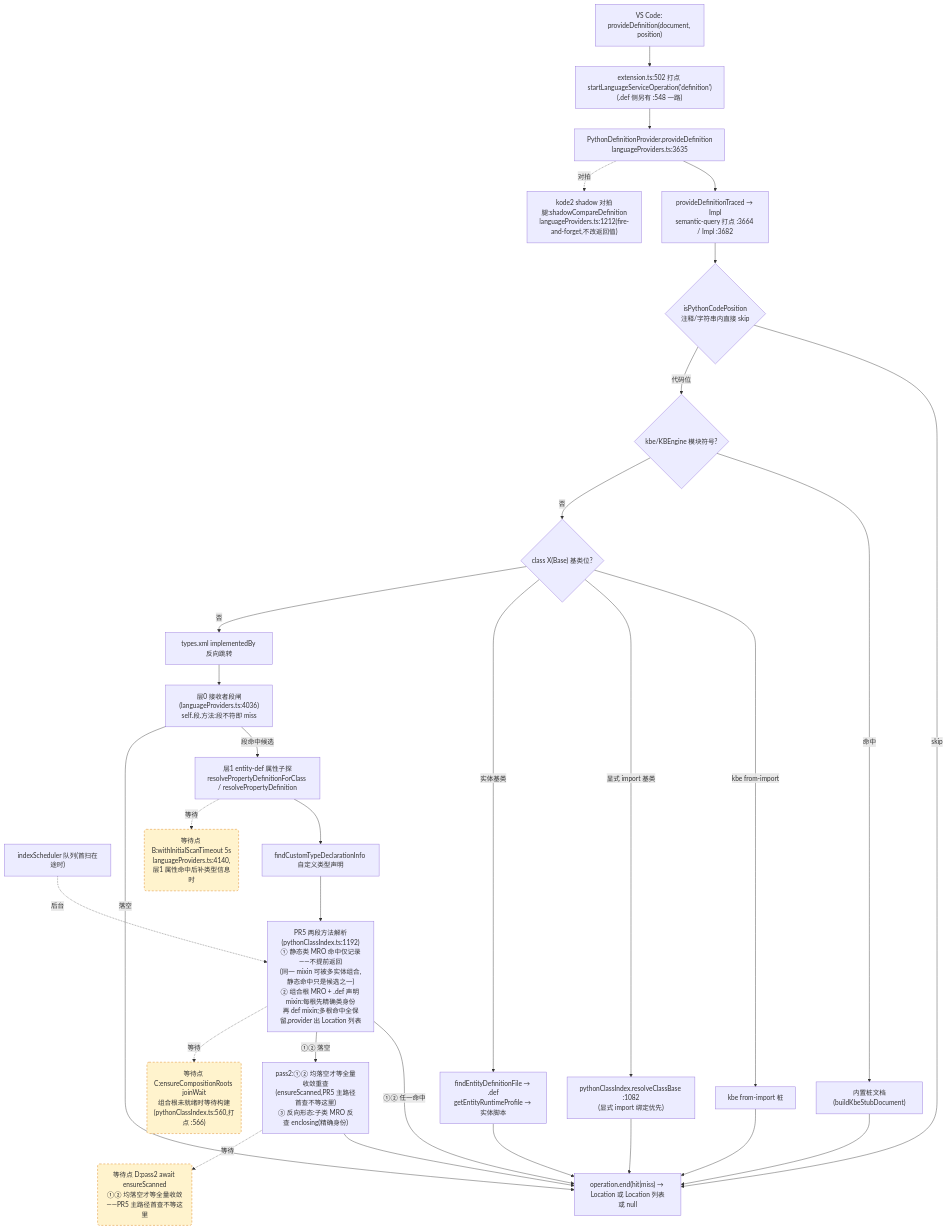
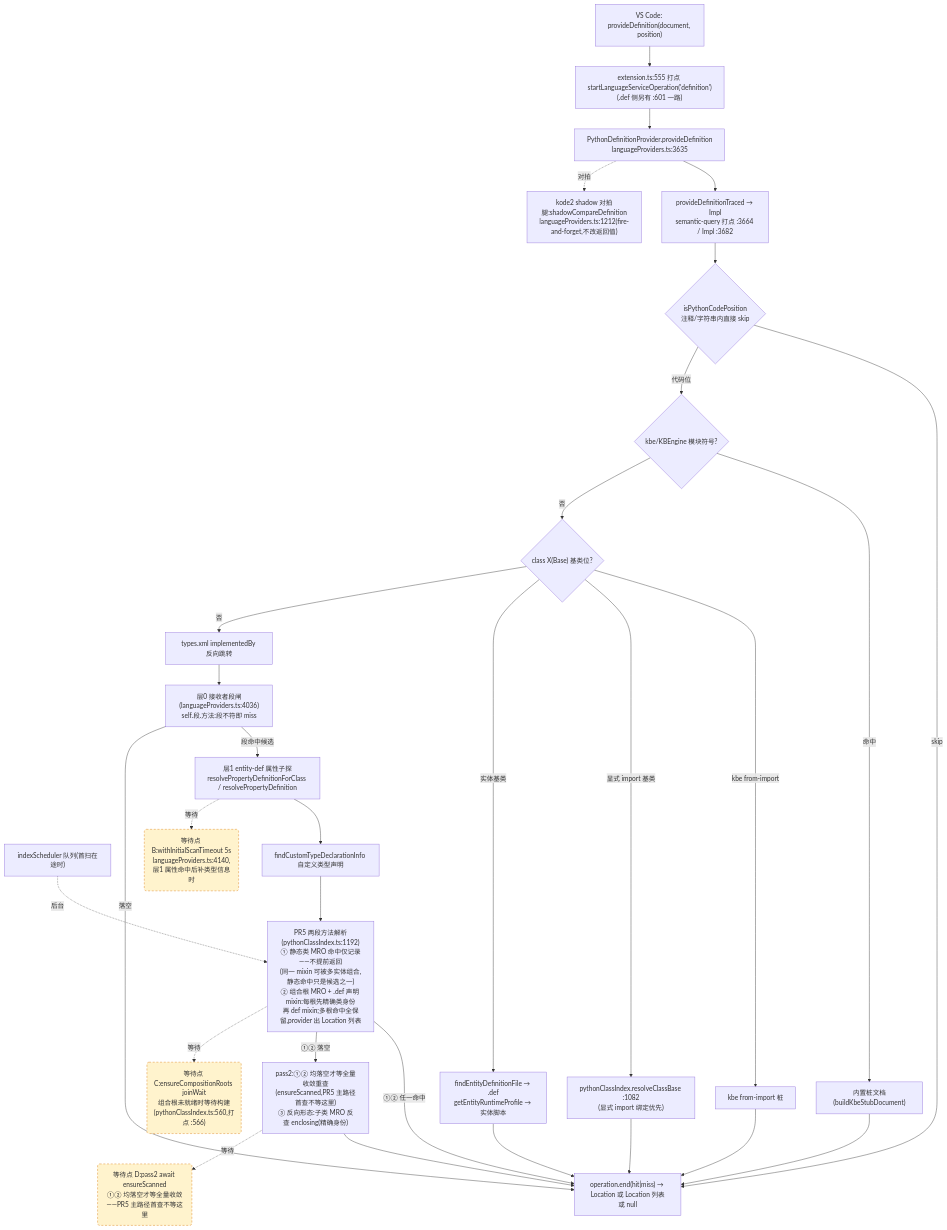
The second of 4 diagrams in docs/perf/2026-baseline.md (cuihairu/kode), drawn with Mermaid before and after one commit. The commit also changed other lines of this file and 1 other file, not shown here.

````diff
--- a/docs/perf/2026-baseline.md
+++ b/docs/perf/2026-baseline.md
@@ -128,51 +128,51 @@
 ```mermaid
 flowchart TD
   VC2["VS Code: provideDefinition(document, position)"]
-  M2["extension.ts:502 打点 startLanguageServiceOperation('definition')<br/>(.def 侧另有 :548 一路)"]
+  M2["extension.ts:555 打点 startLanguageServiceOperation('definition')<br/>(.def 侧另有 :601 一路)"]
   AD2["PythonDefinitionProvider.provideDefinition<br/>languageProviders.ts:3635"]
   TR["provideDefinitionTraced → Impl<br/>semantic-query 打点 :3664 / Impl :3682"]
   CTX{"isPythonCodePosition<br/>注释/字符串内直接 skip"}
   KBE{"kbe/KBEngine 模块符号?"}
   STUB["内置桩文档(buildKbeStubDocument)"]
   CB{"class X(Base) 基类位?"}
   CB1["kbe from-import 桩"]
   CB2["pythonClassIndex.resolveClassBase :1082<br/>(显式 import 绑定优先)"]
   CB3["findEntityDefinitionFile → .def<br/>getEntityRuntimeProfile → 实体脚本"]
   REV["types.xml implementedBy 反向跳转"]
   L0["层0 接收者段闸(languageProviders.ts:4036)<br/>self.段.方法:段不符即 miss"]
   L1["层1 entity-def 属性子探<br/>resolvePropertyDefinitionForClass / resolvePropertyDefinition"]
   SCAN["indexScheduler 队列(首扫在途时)"]
   TY["findCustomTypeDeclarationInfo 自定义类型声明"]
   MRO["PR5 两段方法解析(pythonClassIndex.ts:1192)<br/>① 静态类 MRO 命中仅记录——不提前返回<br/>(同一 mixin 可被多实体组合,静态命中只是候选之一)<br/>② 组合根 MRO + .def 声明 mixin:每根先精确类身份<br/>再 def mixin;多根命中全保留,provider 出 Location 列表"]
   PASS2["pass2:①② 均落空才等全量收敛重查<br/>(ensureScanned,PR5 主路径首查不等这里)<br/>③ 反向形态:子类 MRO 反查 enclosing(精确身份)"]
   SHD["kode2 shadow 对拍腿:shadowCompareDefinition<br/>languageProviders.ts:1212(fire-and-forget,不改返回值)"]
   END2["operation.end(hit|miss) → Location 或 Location 列表或 null"]
 
   VC2 --> M2 --> AD2 --> TR --> CTX
   CTX -- "skip" --> END2
   CTX -- "代码位" --> KBE
   KBE -- "命中" --> STUB --> END2
   KBE -- "否" --> CB
   CB -- "kbe from-import" --> CB1 --> END2
   CB -- "显式 import 基类" --> CB2 --> END2
   CB -- "实体基类" --> CB3 --> END2
   CB -- "否" --> REV --> L0
   L0 -- "段命中候选" --> L1
   L0 -- "落空" --> END2
   L1 --> TY
   TY --> MRO
   MRO -- "①② 任一命中" --> END2
   MRO -- "①② 落空" --> PASS2 --> END2
   AD2 -.->|对拍| SHD
 
   WAITB("等待点 B:withInitialScanTimeout 5s<br/>languageProviders.ts:4140,层1 属性命中后补类型信息时")
   WAITC("等待点 C:ensureCompositionRoots joinWait<br/>组合根未就绪时等待构建(pythonClassIndex.ts:560,打点 :566)")
   WAITD("等待点 D:pass2 await ensureScanned<br/>①② 均落空才等全量收敛——PR5 主路径首查不等这里")
   L1 -.->|等待| WAITB
   MRO -.->|等待| WAITC
   PASS2 -.->|等待| WAITD
   SCAN -.->|后台| MRO
 
   classDef waitPoint fill:#fff3cd,stroke:#d97706,stroke-dasharray:5 4;
   class WAITB,WAITC,WAITD waitPoint;
 ```
````
